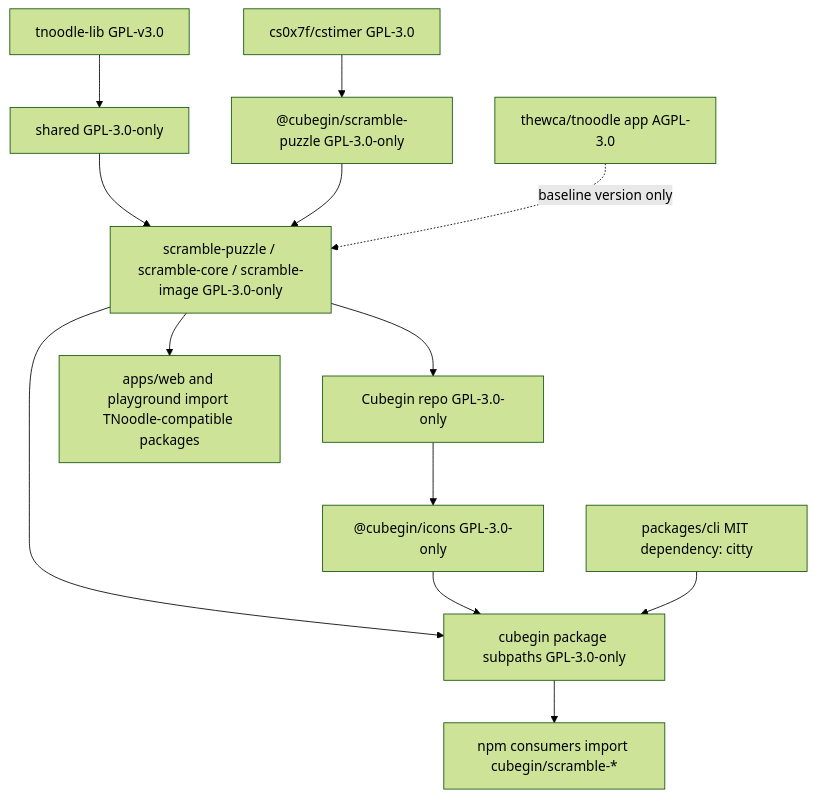
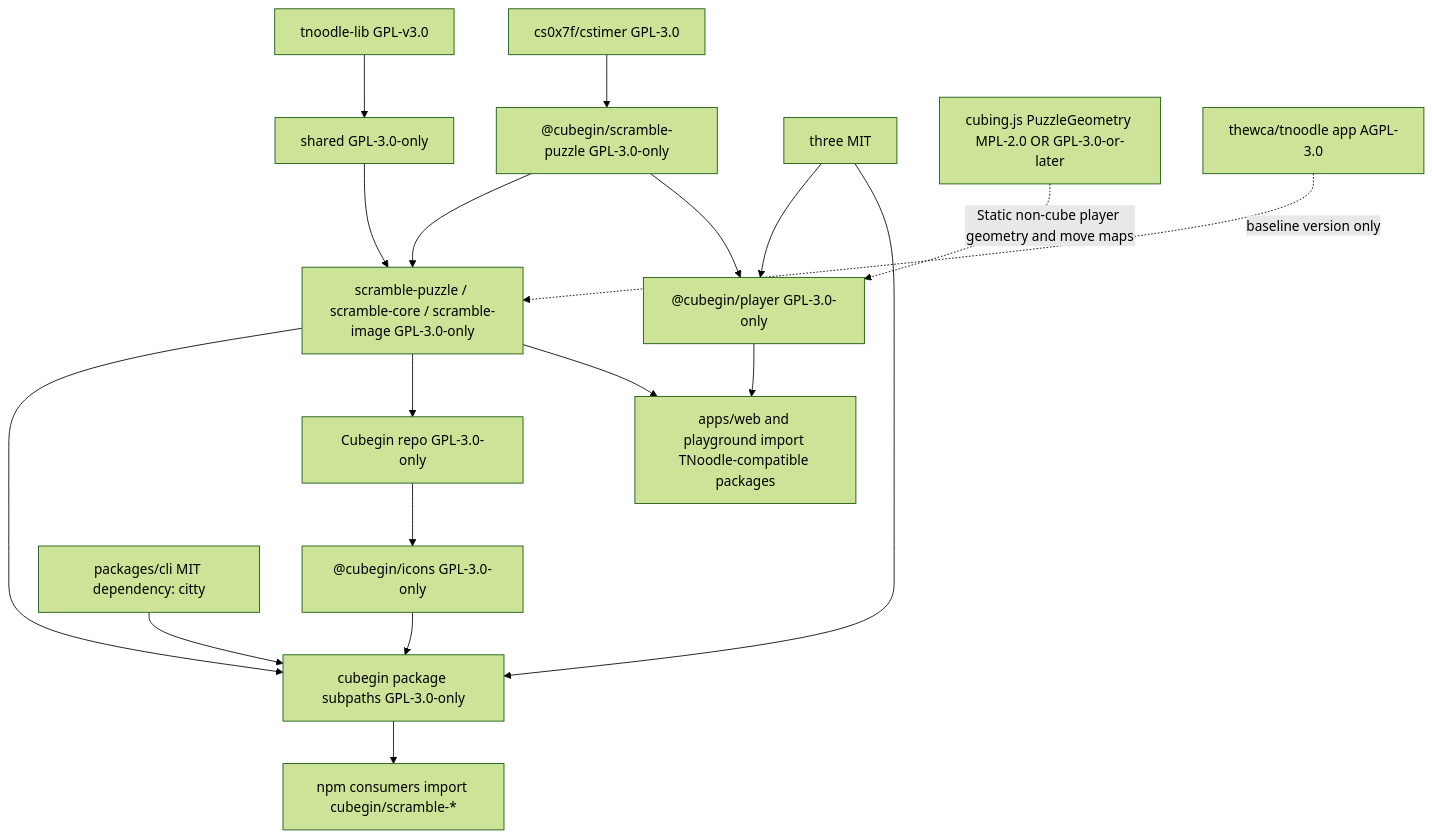
The diagram in docs/dependency-licensing.md (deweyou/cube-kit), drawn with Mermaid (forest theme) before and after one commit. The commit also changed other lines of this file and 69 other files, not shown here.

Commit message:
feat: add Three.js player package (#33)

````diff
--- a/docs/dependency-licensing.md
+++ b/docs/dependency-licensing.md
@@ -3,16 +3,21 @@
 ```mermaid
 flowchart TD
     TnoodleLib["tnoodle-lib GPL-v3.0"] --> SharedPkg["shared GPL-3.0-only"]
     CsTimer["cs0x7f/cstimer GPL-3.0"] --> ScramblePuzzle["@cubegin/scramble-puzzle GPL-3.0-only"]
     SharedPkg --> NewPackages["scramble-puzzle / scramble-core / scramble-image GPL-3.0-only"]
     ScramblePuzzle --> NewPackages
     RepoLicense --> Icons["@cubegin/icons GPL-3.0-only"]
     NewPackages --> PublicPackage["cubegin package subpaths GPL-3.0-only"]
     Icons --> PublicPackage
+    Three["three MIT"] --> Player["@cubegin/player GPL-3.0-only"]
+    Three --> PublicPackage
+    CubingGeometry["cubing.js PuzzleGeometry MPL-2.0 OR GPL-3.0-or-later"] -. "Static non-cube player geometry and move maps" .-> Player
+    ScramblePuzzle --> Player
+    Player --> Apps
     Cli["packages/cli MIT dependency: citty"] --> PublicPackage
     NewPackages --> RepoLicense
     NewPackages --> Apps["apps/web and playground import TNoodle-compatible packages"]
     PublicPackage --> NpmConsumers["npm consumers import cubegin/scramble-*"]
     RepoLicense["Cubegin repo GPL-3.0-only"]
     TnoodleApp["thewca/tnoodle app AGPL-3.0"] -. "baseline version only" .-> NewPackages
 ```
````
